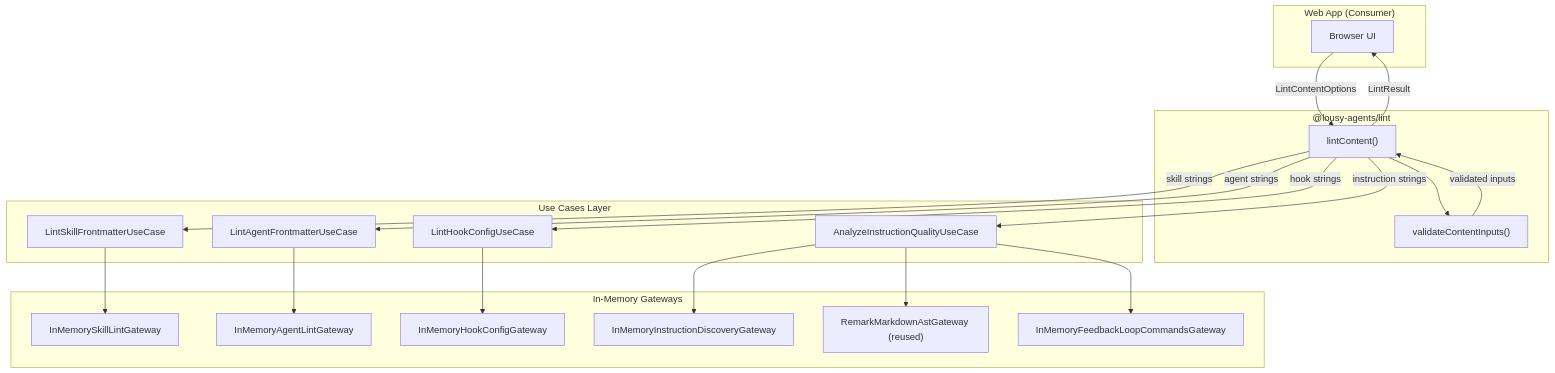
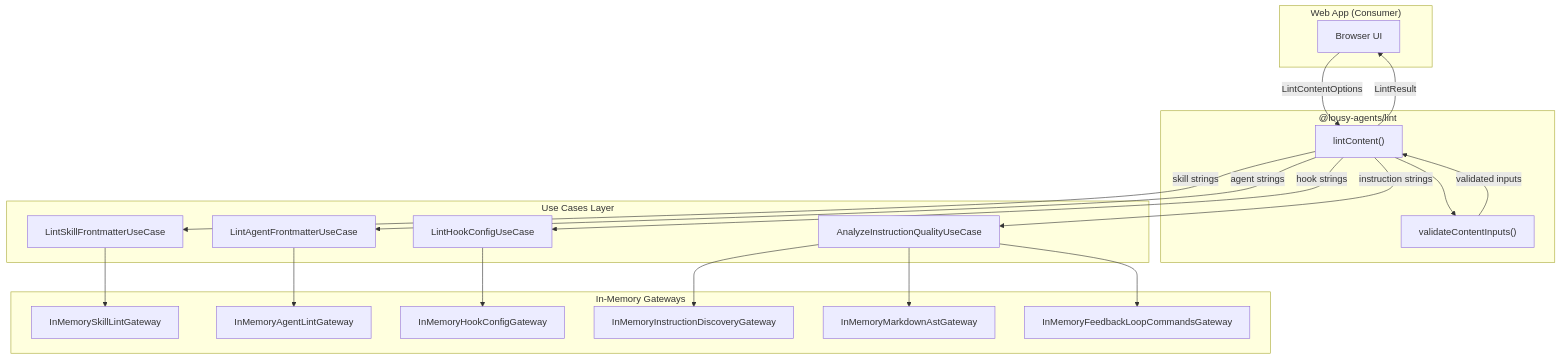
One commit to zpratt/lousy-agents changed the first of 2 diagrams in .github/specs/lint-string-input.spec.md. Above: the diagram before and after it, drawn with Mermaid. The commit also changed other lines of this file, not shown here.

First line of the commit message:
fix: resolve 4 reviewer findings — YAML contradiction, TextEncoder, in-memory AST gateway, name semantics

````diff
--- a/.github/specs/lint-string-input.spec.md
+++ b/.github/specs/lint-string-input.spec.md
@@ -190,39 +191,39 @@
 ```mermaid
 flowchart TB
     subgraph Consumer["Web App (Consumer)"]
         WEBAPP["Browser UI"]
     end
     subgraph LintAPI["@lousy-agents/lint"]
         LC["lintContent()"]
         VALIDATE["validateContentInputs()"]
     end
     subgraph UseCases["Use Cases Layer"]
         SKILL_UC["LintSkillFrontmatterUseCase"]
         AGENT_UC["LintAgentFrontmatterUseCase"]
         HOOK_UC["LintHookConfigUseCase"]
         INSTR_UC["AnalyzeInstructionQualityUseCase"]
     end
     subgraph InMemGateways["In-Memory Gateways"]
         SKILL_GW["InMemorySkillLintGateway"]
         AGENT_GW["InMemoryAgentLintGateway"]
         HOOK_GW["InMemoryHookConfigGateway"]
         INSTR_DISC_GW["InMemoryInstructionDiscoveryGateway"]
-        AST_GW["RemarkMarkdownAstGateway (reused)"]
+        AST_GW["InMemoryMarkdownAstGateway"]
         CMD_GW["InMemoryFeedbackLoopCommandsGateway"]
     end
 
     WEBAPP -->|"LintContentOptions"| LC
     LC --> VALIDATE
     VALIDATE -->|"validated inputs"| LC
     LC -->|"skill strings"| SKILL_UC
     LC -->|"agent strings"| AGENT_UC
     LC -->|"hook strings"| HOOK_UC
     LC -->|"instruction strings"| INSTR_UC
     SKILL_UC --> SKILL_GW
     AGENT_UC --> AGENT_GW
     HOOK_UC --> HOOK_GW
     INSTR_UC --> INSTR_DISC_GW
     INSTR_UC --> AST_GW
     INSTR_UC --> CMD_GW
     LC -->|"LintResult"| WEBAPP
 ```
````
